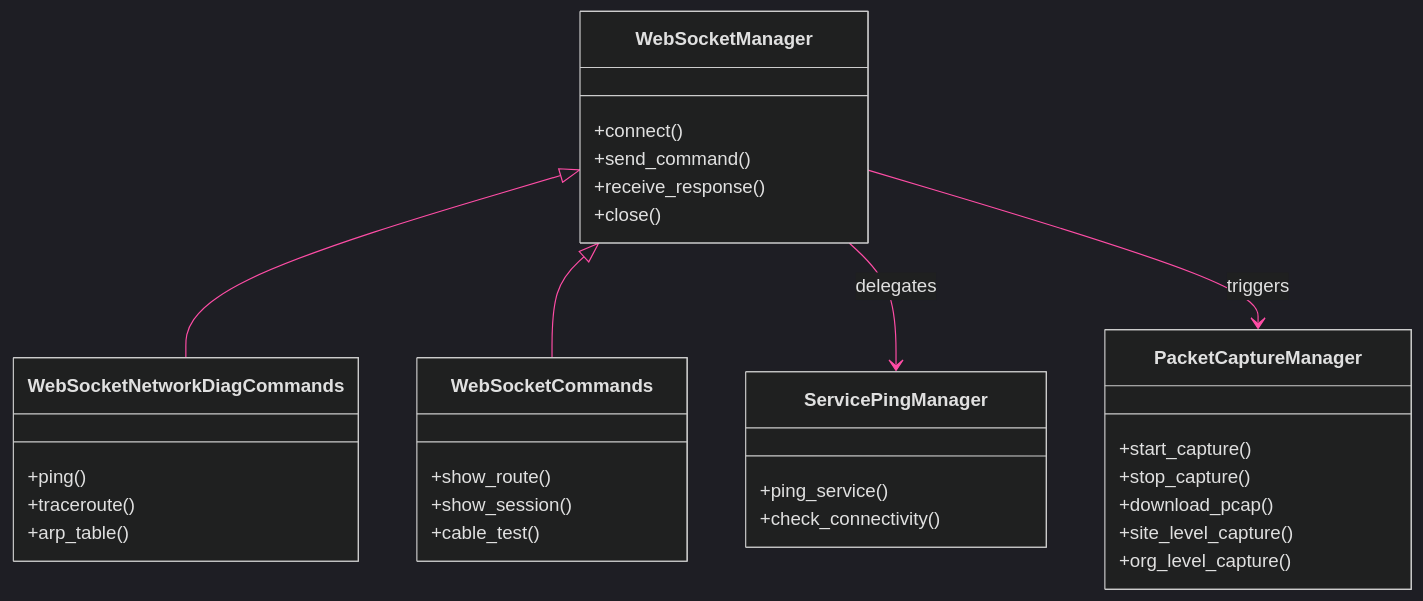
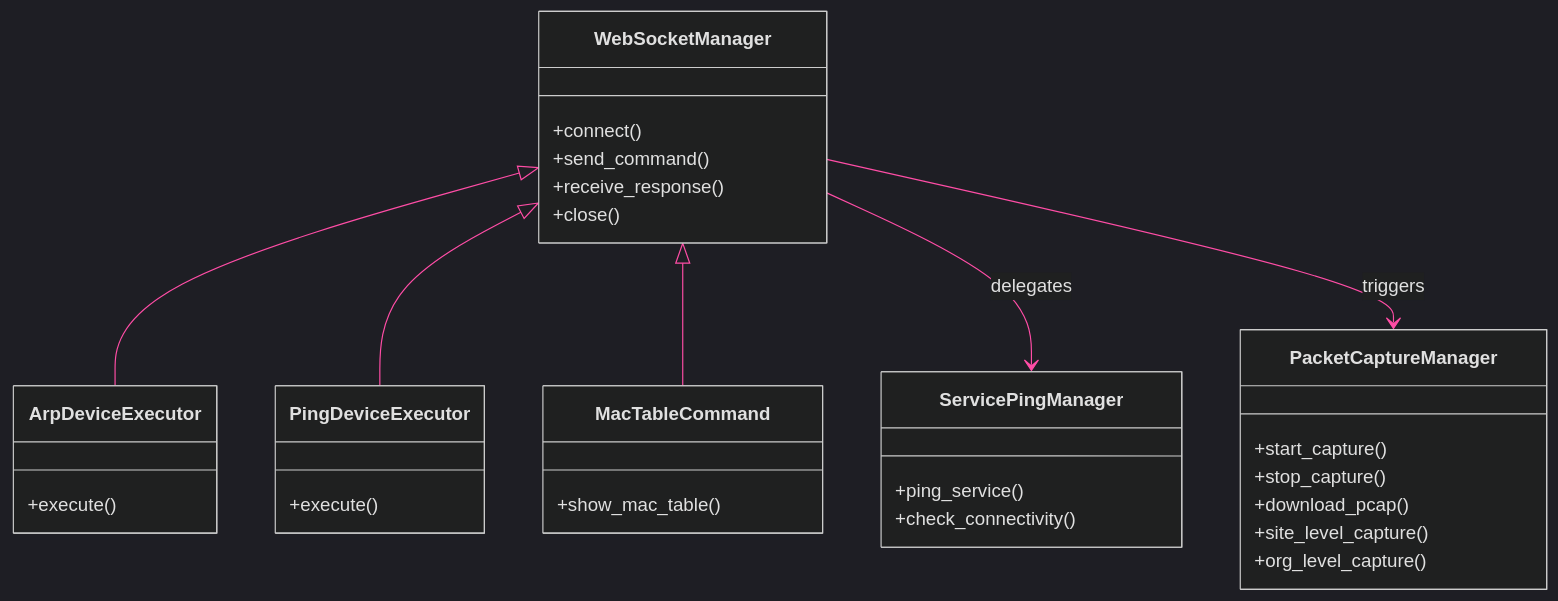
Before and after one commit to jmorrison-juniper/MistHelper: the first of 3 diagrams in documentation/diagrams/class-hierarchy/managers.md, drawn with Mermaid. The commit also changed 14 other files, not shown here.

First line of the commit message:
fix(quality): clear remaining CI gates (vulture, pydocstyle, diagrams, envelopes)

````diff
--- a/documentation/diagrams/class-hierarchy/managers.md
+++ b/documentation/diagrams/class-hierarchy/managers.md
@@ -9,50 +9,51 @@
 ```mermaid
 %%{init: {'theme': 'dark', 'themeVariables': {
   'primaryColor': '#E20074',
   'primaryTextColor': '#E0E0E0',
   'primaryBorderColor': '#99004D',
   'lineColor': '#FF4DA6',
   'secondaryColor': '#16213E',
   'tertiaryColor': '#1A1A2E',
   'fontFamily': 'ui-monospace, monospace'
 }}}%%
 classDiagram
     direction TB
 
     class WebSocketManager {
         +connect()
         +send_command()
         +receive_response()
         +close()
     }
 
-    class WebSocketNetworkDiagCommands {
-        +ping()
-        +traceroute()
-        +arp_table()
+    class ArpDeviceExecutor {
+        +execute()
     }
 
-    class WebSocketCommands {
-        +show_route()
-        +show_session()
-        +cable_test()
+    class PingDeviceExecutor {
+        +execute()
+    }
+
+    class MacTableCommand {
+        +show_mac_table()
     }
 
     class ServicePingManager {
         +ping_service()
         +check_connectivity()
     }
 
     class PacketCaptureManager {
         +start_capture()
         +stop_capture()
         +download_pcap()
         +site_level_capture()
         +org_level_capture()
     }
 
-    WebSocketManager <|-- WebSocketNetworkDiagCommands
-    WebSocketManager <|-- WebSocketCommands
+    WebSocketManager <|-- ArpDeviceExecutor
+    WebSocketManager <|-- PingDeviceExecutor
+    WebSocketManager <|-- MacTableCommand
     WebSocketManager --> ServicePingManager : delegates
     WebSocketManager --> PacketCaptureManager : triggers
 ```
````
